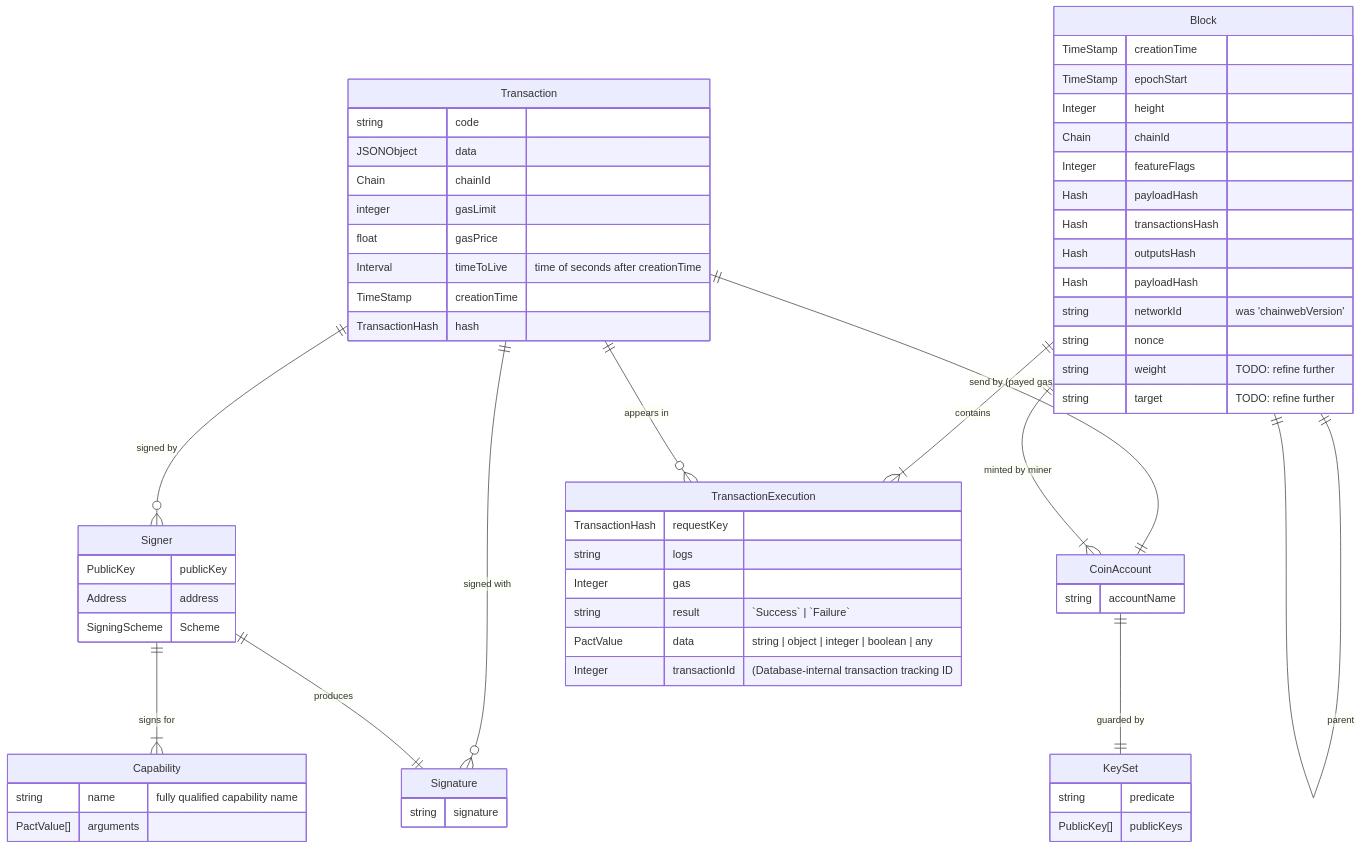
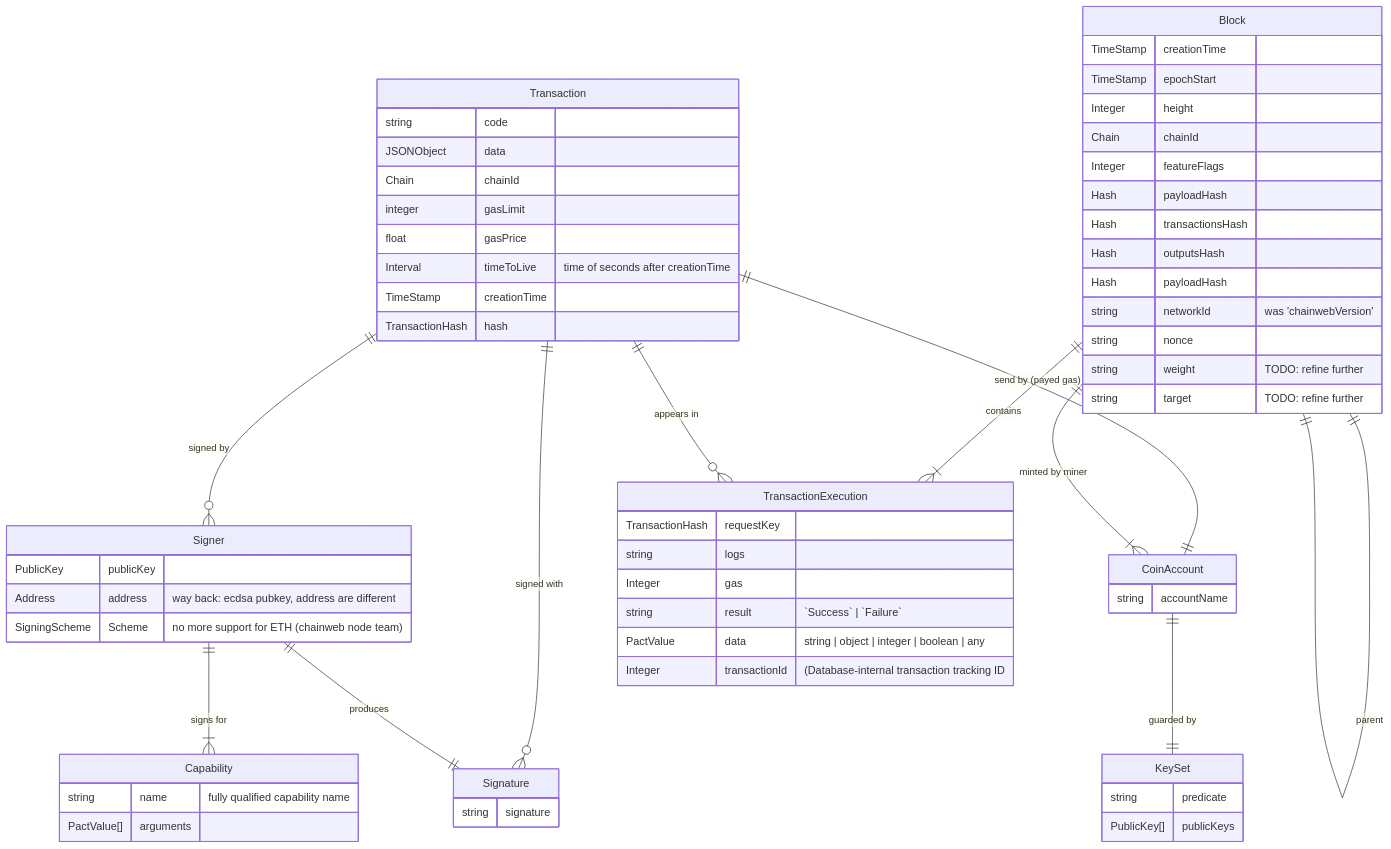
Before and after one commit to kadena-community/kadena.js: the diagram in docs/domain/domain.md, drawn with Mermaid. The commit also changed other lines of this file, not shown here.

````diff
--- a/docs/domain/domain.md
+++ b/docs/domain/domain.md
@@ -4,75 +10,75 @@
 ```mermaid
 
 erDiagram
   Transaction ||--o{ Signer : "signed by"
   Transaction ||--o{ Signature : "signed with"
   Transaction ||--|| CoinAccount : "send by (payed gas)"
   Signer ||--|{ Capability : "signs for"
   Signer ||--|| Signature : "produces"
   Block  ||--|{ Block : "adjacent"
   Block  ||--|| Block : "parent"
   Block  ||--|{ TransactionExecution : "contains"
   Block  ||--|{ CoinAccount : "minted by miner"
   CoinAccount ||--|| KeySet : "guarded by"
   Transaction ||--o{ TransactionExecution : "appears in"
 
   Transaction {
     string code
     JSONObject data
     Chain chainId
     integer gasLimit
     float gasPrice
     Interval timeToLive "time of seconds after creationTime"
     TimeStamp creationTime
     TransactionHash hash
   }
 
   Signer {
     PublicKey publicKey
-    Address address
-    SigningScheme Scheme
+    Address address "way back: ecdsa pubkey, address are different"
+    SigningScheme Scheme "no more support for ETH (chainweb node team)"
   }
 
   Signature {
     string signature
   }
 
   Capability {
     string name "fully qualified capability name"
     PactValue[] arguments
   }
 
   TransactionExecution {
     TransactionHash requestKey
     string logs
     Integer gas
     string result  "`Success` | `Failure`"
     PactValue data "string | object | integer | boolean | any"
     Integer transactionId "(Database-internal transaction tracking ID"
   }
 
   Block {
     TimeStamp creationTime
     TimeStamp epochStart
     Integer height
     Chain chainId
     Integer featureFlags
     Hash payloadHash
     Hash transactionsHash
     Hash outputsHash
     Hash payloadHash
     string networkId "was 'chainwebVersion'"
     string nonce
     string weight "TODO: refine further"
     string target "TODO: refine further"
   }
 
   CoinAccount {
     string accountName
   }
 
   KeySet {
     string predicate
     PublicKey[] publicKeys
   }
 ```
````
